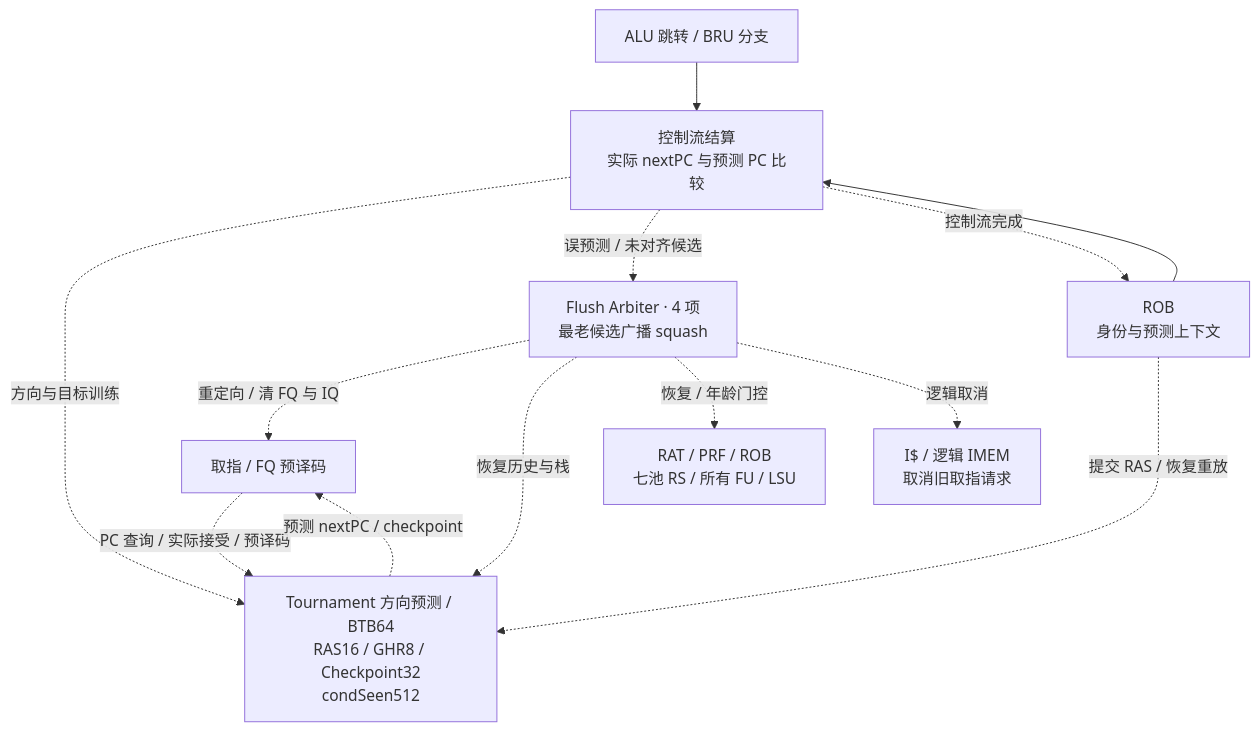
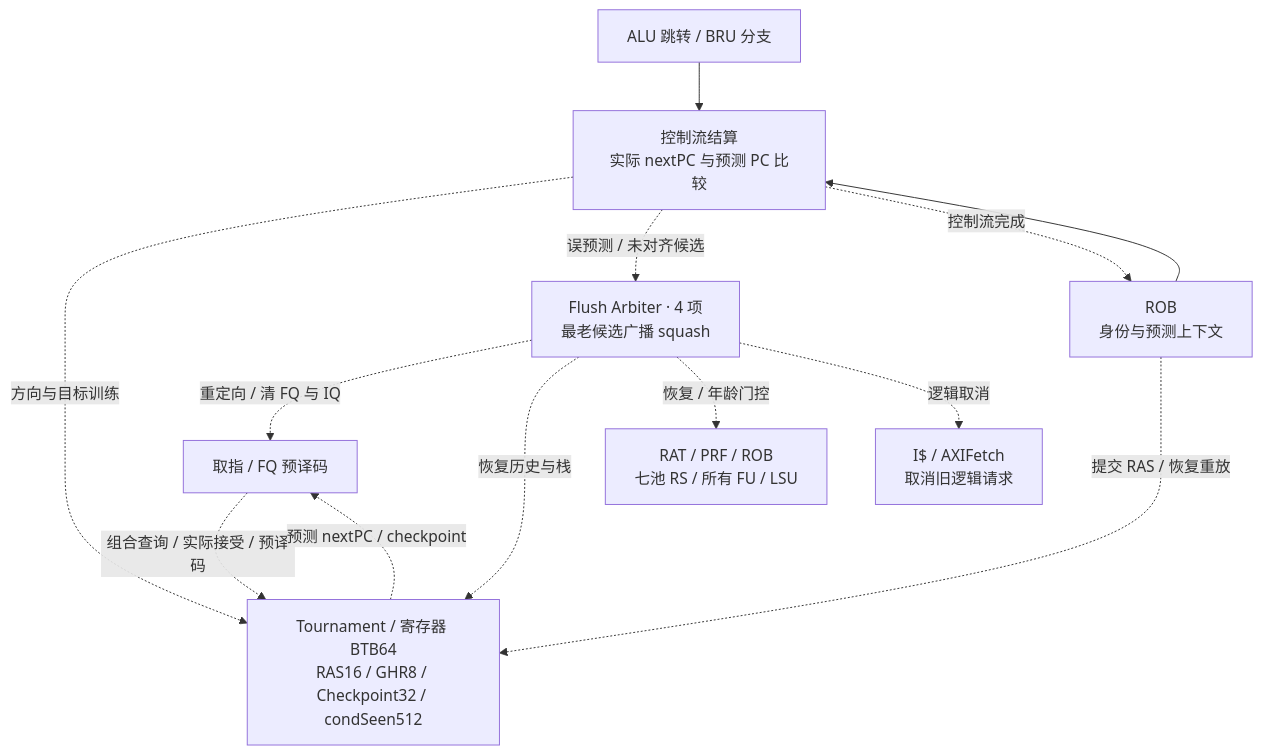
Before and after one commit to CPU-2026/RISC-V-CPU-2026: the third of 3 diagrams in README.md, drawn with Mermaid. The commit also changed other lines of this file and 79 other files, not shown here.

````diff
--- a/README.md
+++ b/README.md
@@ -99,24 +115,23 @@
 ```mermaid
 flowchart TB
     FRONT["取指 / FQ 预译码"]
-    BPU["Tournament 方向预测 / BTB64<br/>RAS16 / GHR8 / Checkpoint32<br/>condSeen512"]
+    BPU["Tournament / 寄存器 BTB64<br/>RAS16 / GHR8 / Checkpoint32 / condSeen512"]
     EXEC["ALU 跳转 / BRU 分支"]
     ROB["ROB<br/>身份与预测上下文"]
     CTRL["控制流结算<br/>实际 nextPC 与预测 PC 比较"]
     FLUSH["Flush Arbiter · 4 项<br/>最老候选广播 squash"]
     BACKEND["RAT / PRF / ROB<br/>七池 RS / 所有 FU / LSU"]
-    IMEM["I$ / 逻辑 IMEM<br/>取消旧取指请求"]
-
-    FRONT -.->|PC 查询 / 实际接受 / 预译码| BPU
+    IMEM["I$ / AXIFetch<br/>取消旧逻辑请求"]
+    FRONT -.->|组合查询 / 实际接受 / 预译码| BPU
     BPU -.->|预测 nextPC / checkpoint| FRONT
     EXEC --> CTRL
     ROB --> CTRL
     CTRL -.->|方向与目标训练| BPU
     CTRL -.->|误预测 / 未对齐候选| FLUSH
     CTRL -.->|控制流完成| ROB
     ROB -.->|提交 RAS / 恢复重放| BPU
     FLUSH -.->|重定向 / 清 FQ 与 IQ| FRONT
     FLUSH -.->|恢复历史与栈| BPU
     FLUSH -.->|恢复 / 年龄门控| BACKEND
     FLUSH -.->|逻辑取消| IMEM
 ```
````
